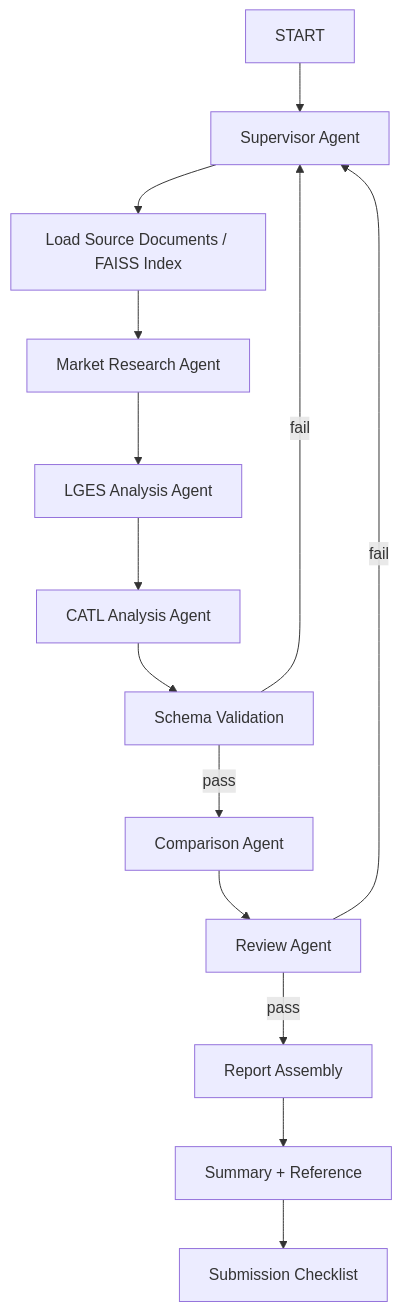
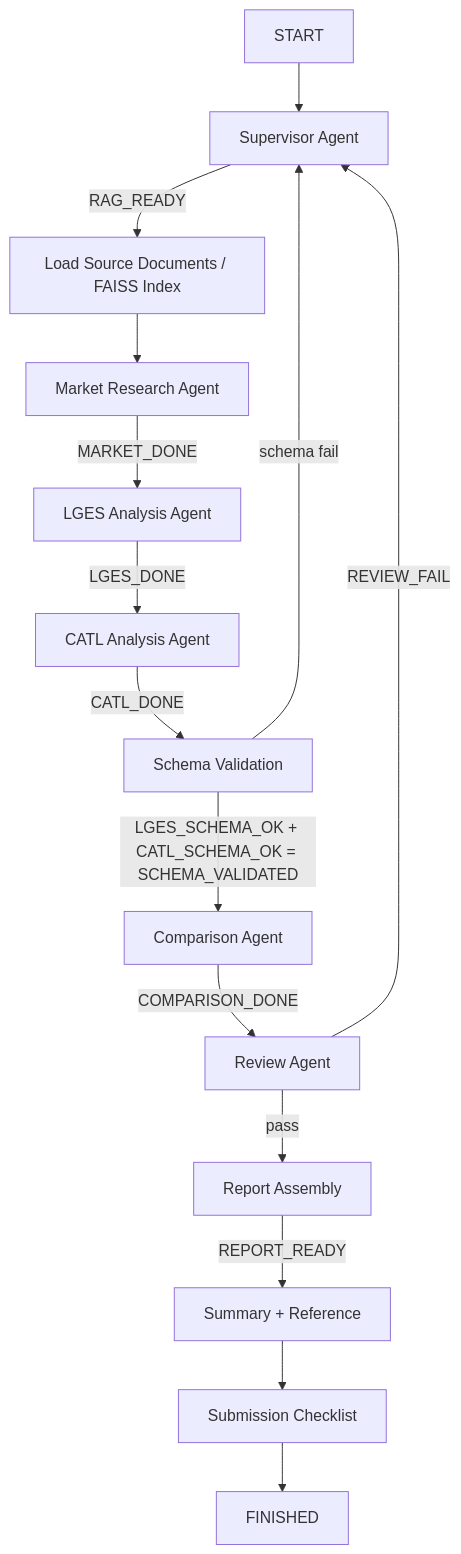
One commit to juwonleee/battery-strategy-multi-agent changed the first of 2 diagrams in docs/design.md. Above: the diagram before and after it, drawn with Mermaid. The commit also changed other lines of this file, not shown here.

````diff
--- a/docs/design.md
+++ b/docs/design.md
@@ -109,16 +284,17 @@
 ```mermaid
 flowchart TD
     A[START] --> B[Supervisor Agent]
-    B --> C[Load Source Documents / FAISS Index]
+    B -->|RAG_READY| C[Load Source Documents / FAISS Index]
     C --> D[Market Research Agent]
-    D --> E[LGES Analysis Agent]
-    E --> F[CATL Analysis Agent]
-    F --> G[Schema Validation]
-    G -->|pass| H[Comparison Agent]
-    G -->|fail| B
-    H --> I[Review Agent]
+    D -->|MARKET_DONE| E[LGES Analysis Agent]
+    E -->|LGES_DONE| F[CATL Analysis Agent]
+    F -->|CATL_DONE| G[Schema Validation]
+    G -->|LGES_SCHEMA_OK + CATL_SCHEMA_OK = SCHEMA_VALIDATED| H[Comparison Agent]
+    G -->|schema fail| B
+    H -->|COMPARISON_DONE| I[Review Agent]
+    I -->|REVIEW_FAIL| B
     I -->|pass| J[Report Assembly]
-    I -->|fail| B
-    J --> K[Summary + Reference]
+    J -->|REPORT_READY| K[Summary + Reference]
     K --> L[Submission Checklist]
+    L --> M[FINISHED]
 ```
````
